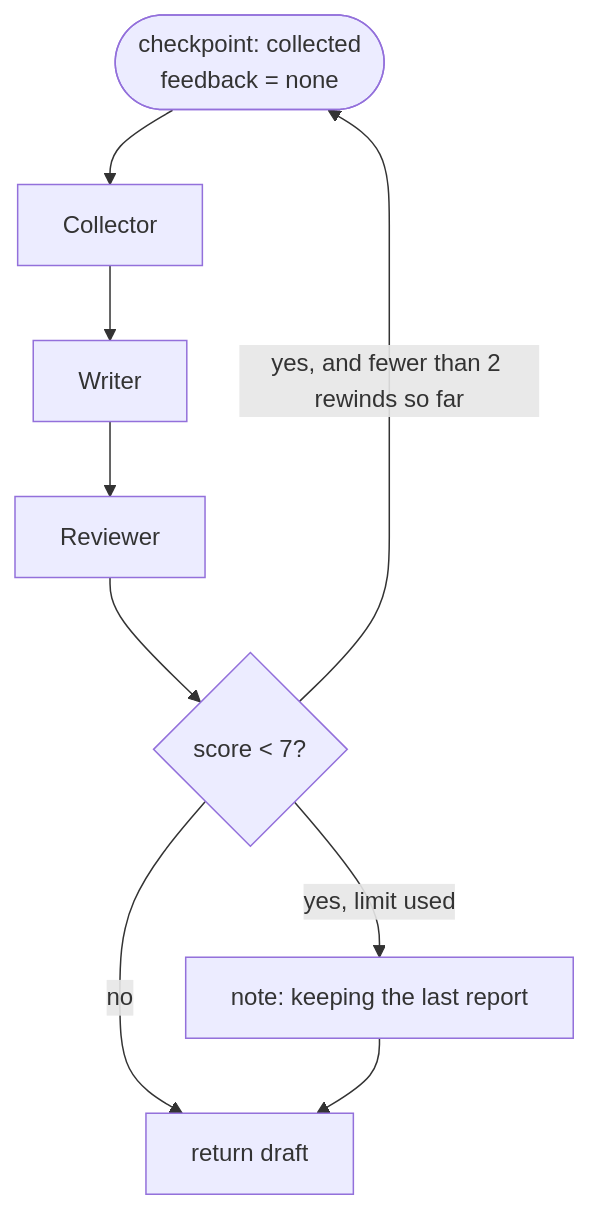
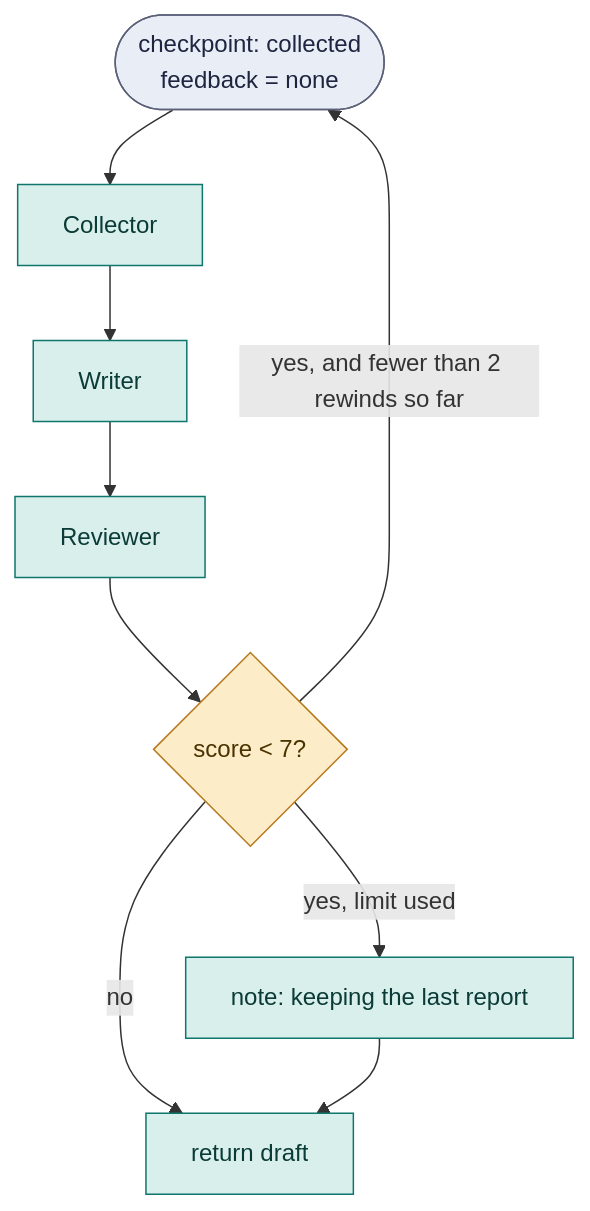
One commit to srijithunni7182/llm4j changed the first of 2 diagrams in docs/tutorial/11-advanced-orchestration.md. Above: the diagram before and after it, drawn with Mermaid. The commit also changed other lines of this file and 13 other files, not shown here.

First line of the commit message:
docs: give the tutorial's diagrams meaningful colours

````diff
--- a/docs/tutorial/11-advanced-orchestration.md
+++ b/docs/tutorial/11-advanced-orchestration.md
@@ -39,9 +39,15 @@
 ```mermaid
 flowchart TD
   CP(["checkpoint: collected<br/>feedback = none"]) --> C["Collector"]
   C --> W["Writer"] --> R["Reviewer"]
   R --> Q{"score < 7?"}
   Q -- "no" --> D["return draft"]
   Q -- "yes, and fewer than 2 rewinds so far" --> CP
   Q -- "yes, limit used" --> N["note: keeping the last report"] --> D
+  classDef step fill:#d9efec,stroke:#0f766e,color:#0b3b37
+  classDef decision fill:#fdecc8,stroke:#b7791f,color:#4a3300
+  classDef edge fill:#e9edf5,stroke:#5a6078,color:#1f2540
+  class C,W,R,D,N step
+  class Q decision
+  class CP edge
 ```
````
